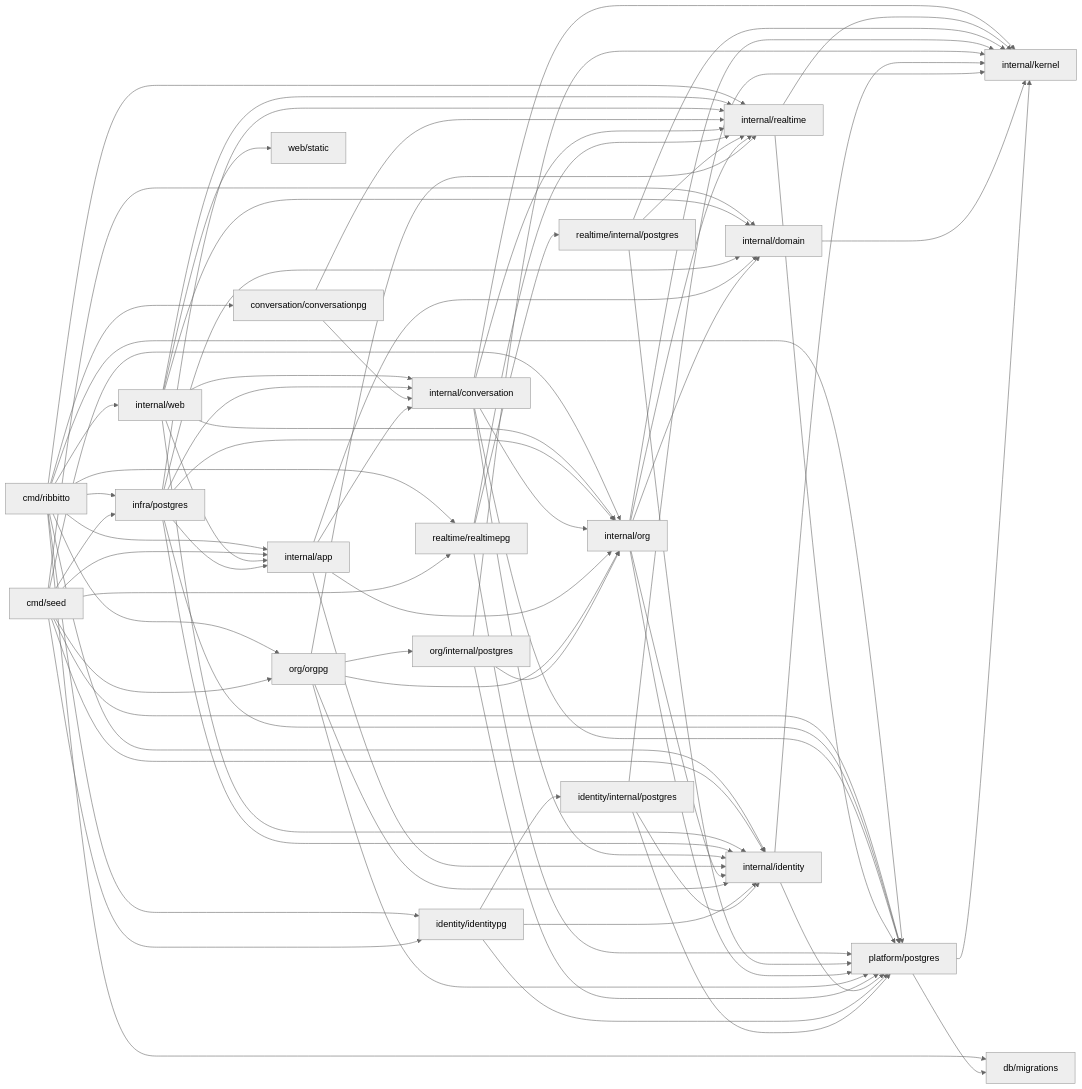
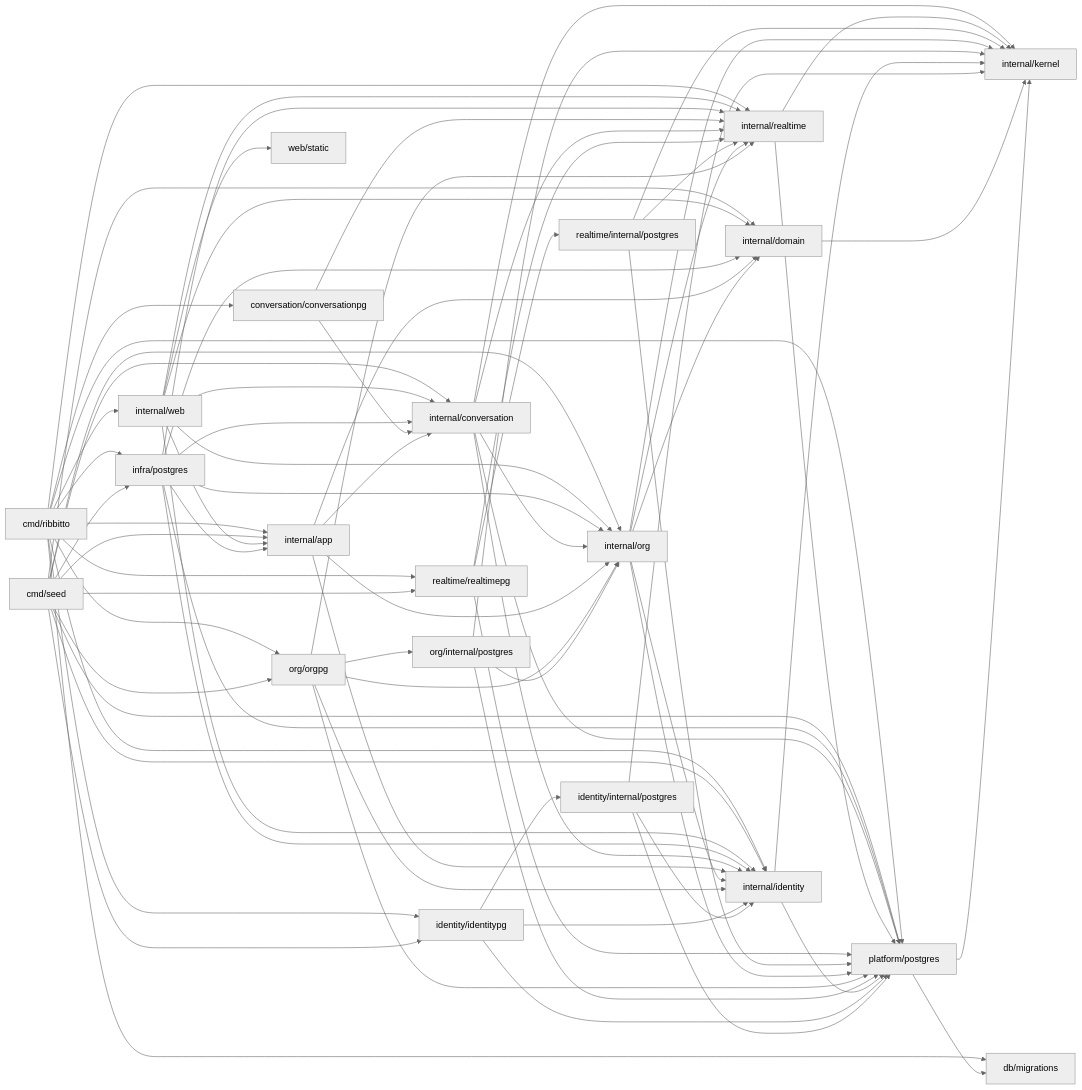
The diagram in docs/architecture/packages.md (tkakkie/ribbitto), drawn with Mermaid (neutral theme) before and after one commit. The commit also changed other lines of this file and 34 other files, not shown here.

````diff
--- a/docs/architecture/packages.md
+++ b/docs/architecture/packages.md
@@ -67,21 +67,21 @@
 ```mermaid
 flowchart LR
   cmd[cmd/ribbitto] --> web & app & orgpg[org/orgpg] & conversationpg[conversation/conversationpg] & identity & identitypg[identity/identitypg] & realtimepg & postgres[infra/postgres] & realtime & platform[platform/postgres] & migrations[db/migrations]
-  seed[cmd/seed] --> app & org & orgpg & identity & identitypg & realtimepg & postgres & platform & domain
+  seed[cmd/seed] --> conversation & app & org & orgpg & identity & identitypg & realtimepg & postgres & platform & domain
   web[internal/web] --> app & org & conversation & identity & domain & realtime & static[web/static]
   postgres --> app & org & conversation & identity & domain & platform & realtime
   conversationpg --> conversation[internal/conversation] & realtime
   conversation --> identity & org & realtime & kernel & platform
   realtime[internal/realtime] --> kernel & platform
   realtimepg[realtime/realtimepg] --> realtime & rstore[realtime/internal/postgres] & platform
   rstore --> realtime & platform & kernel
   app[internal/app] --> org & conversation & identity & domain[internal/domain]
   org[internal/org] --> identity & realtime & domain & kernel & platform
   orgpg --> org & ostore[org/internal/postgres] & platform & identity & realtime
   ostore --> org & platform & kernel
   identity[internal/identity] --> kernel & platform
   identitypg --> identity & store[identity/internal/postgres] & platform
   store --> identity & platform & kernel
   domain --> kernel[internal/kernel]
   platform --> kernel & migrations
 ```
````
